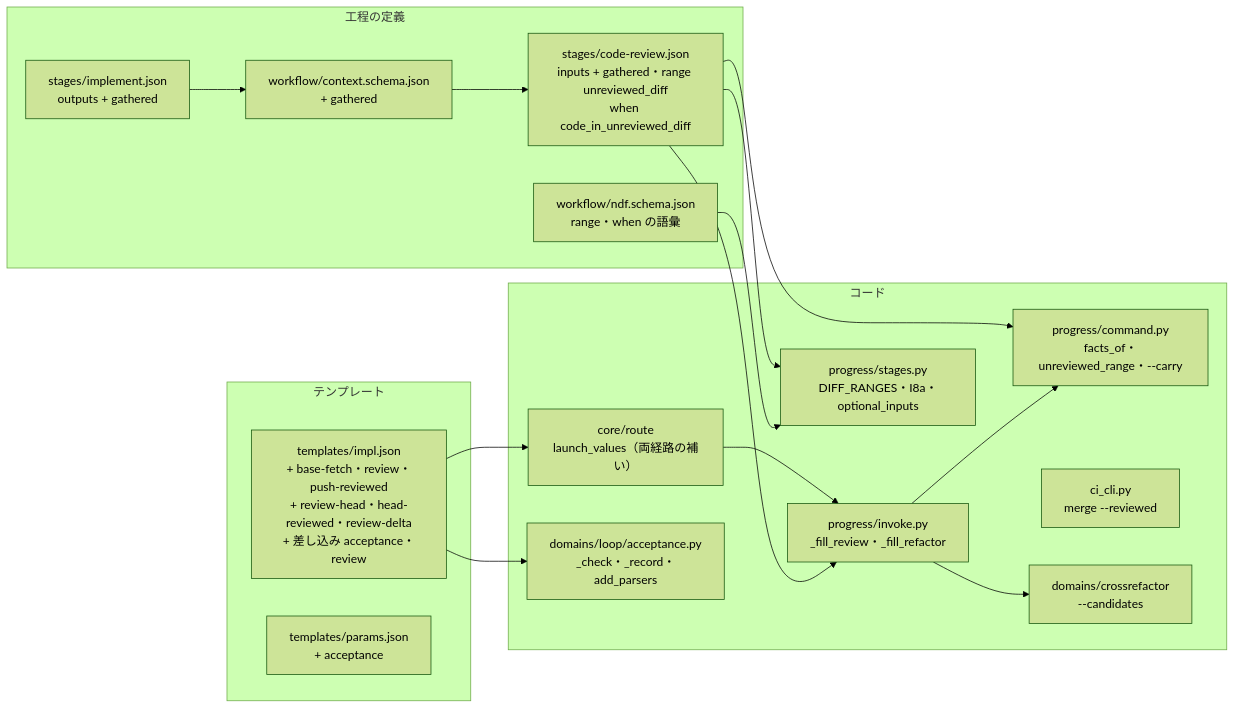
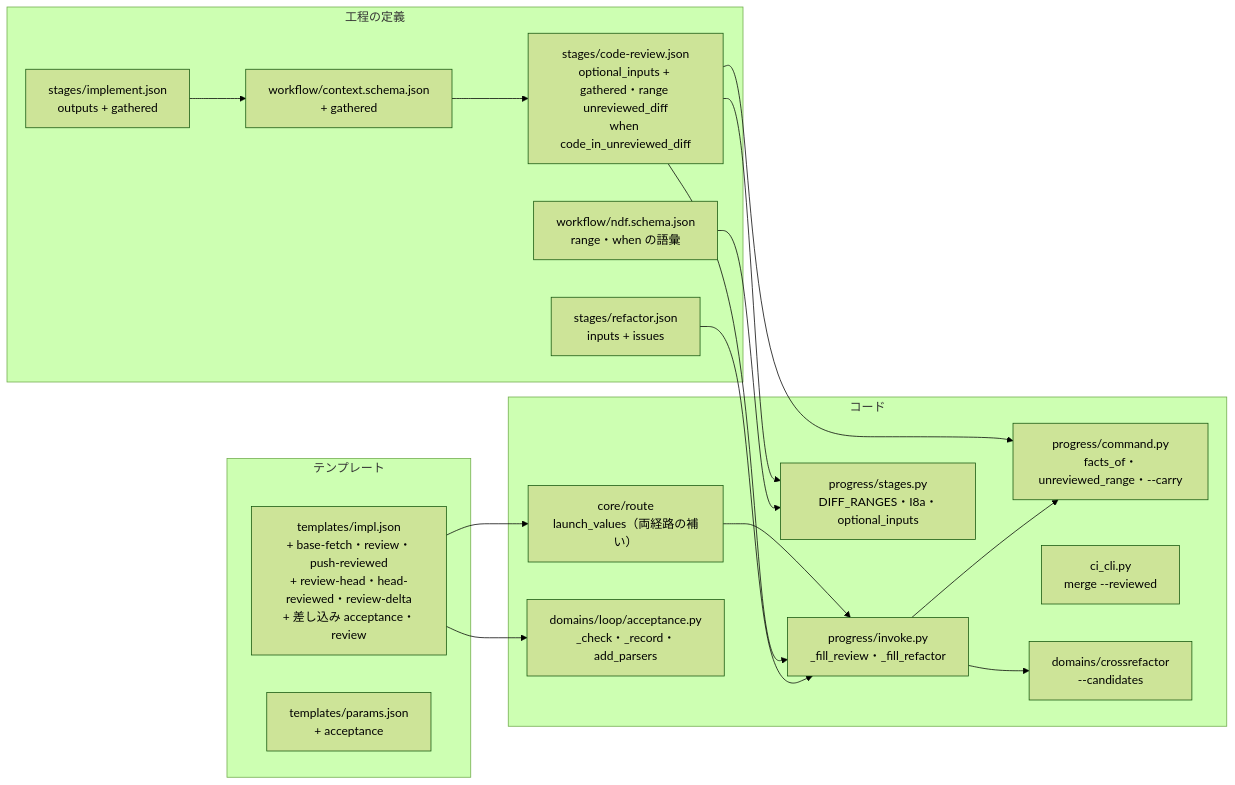
Before and after one commit to devbasex/ai-plugins: the diagram in issues/issue-3879-design-detail.md, drawn with Mermaid (forest theme). The commit also changed other lines of this file, not shown here.

Commit message:
Docs: 工程「リファクタリング」の入力に issues を足し、実際の工程定義から候補が渡ることをテストの観点に置く（#3879 r2-1）

````diff
--- a/issues/issue-3879-design-detail.md
+++ b/issues/issue-3879-design-detail.md
@@ -7,32 +7,34 @@
 ```mermaid
 graph LR
   subgraph テンプレート
     IMPL["templates/impl.json<br/>+ base-fetch・review・push-reviewed<br/>+ review-head・head-reviewed・review-delta<br/>+ 差し込み acceptance・review"]
     PARAMS["templates/params.json<br/>+ acceptance"]
   end
   subgraph 工程の定義
     IMP["stages/implement.json<br/>outputs + gathered"]
-    CR["stages/code-review.json<br/>inputs + gathered・range unreviewed_diff<br/>when code_in_unreviewed_diff"]
+    CR["stages/code-review.json<br/>optional_inputs + gathered・range unreviewed_diff<br/>when code_in_unreviewed_diff"]
+    RF["stages/refactor.json<br/>inputs + issues"]
     SCHEMA["workflow/ndf.schema.json<br/>range・when の語彙"]
     CTX["workflow/context.schema.json<br/>+ gathered"]
   end
   subgraph コード
     ROUTE["core/route<br/>launch_values（両経路の補い）"]
     INV["progress/invoke.py<br/>_fill_review・_fill_refactor"]
     CMD["progress/command.py<br/>facts_of・unreviewed_range・--carry"]
     STG["progress/stages.py<br/>DIFF_RANGES・I8a・optional_inputs"]
     ACC["domains/loop/acceptance.py<br/>_check・_record・add_parsers"]
     CI["ci_cli.py<br/>merge --reviewed"]
     CRF["domains/crossrefactor<br/>--candidates"]
   end
   IMPL --> ROUTE
   ROUTE --> INV
   IMPL --> ACC
   CR --> INV
+  RF --> INV
   CR --> CMD
   CR --> STG
   INV --> CMD
   INV --> CRF
   SCHEMA --> STG
   IMP --> CTX --> CR
 ```
````
